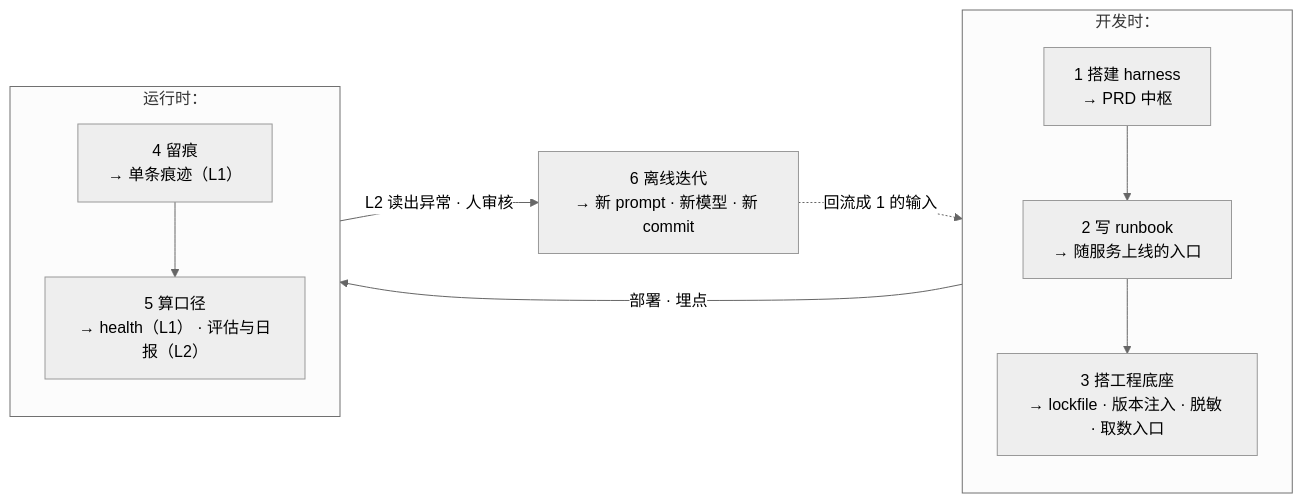
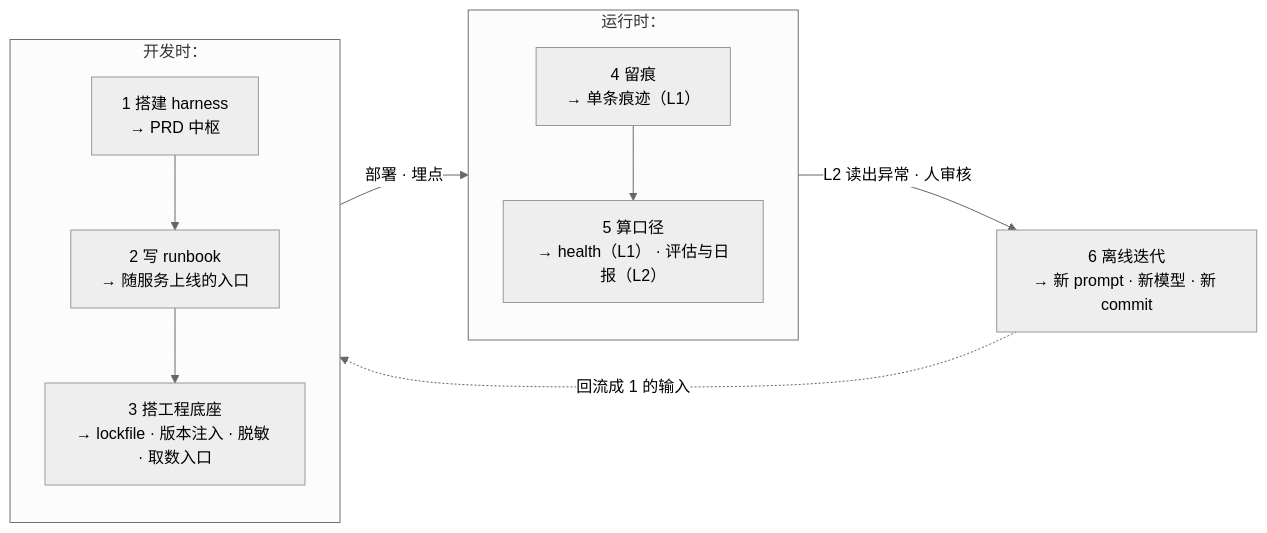
One commit to liuhetian/wiki changed the first of 3 diagrams in docs/posts/prediction-loop.md. Above: the diagram before and after it, drawn with Mermaid (neutral theme). The commit also changed 4 other files, not shown here.

Commit message:
新增 One Hub 翡翠管理台参考文档；修复 prediction-loop mermaid 图布局

````diff
--- a/docs/posts/prediction-loop.md
+++ b/docs/posts/prediction-loop.md
@@ -11,14 +11,16 @@
 ```mermaid
 graph LR
+    %% run 先声明、dev 后声明是故意的：mermaid 逆序注册 subgraph，配合 it→h 的环，
+    %% 按 dev、run 顺序声明会让整图左右翻转（运行时跑到最左边）
+    subgraph run["运行时："]
+        direction TB
+        t["4 留痕<br/>→ 单条痕迹（L1）"] --> m["5 算口径<br/>→ health（L1） · 评估与日报（L2）"]
+    end
     subgraph dev["开发时："]
         direction TB
         h["1 搭建 harness<br/>→ PRD 中枢"] --> rb["2 写 runbook<br/>→ 随服务上线的入口"] --> b["3 搭工程底座<br/>→ lockfile · 版本注入 · 脱敏 · 取数入口"]
-    end
-    subgraph run["运行时："]
-        direction TB
-        t["4 留痕<br/>→ 单条痕迹（L1）"] --> m["5 算口径<br/>→ health（L1） · 评估与日报（L2）"]
     end
     b -->|部署 · 埋点| t
     m -->|L2 读出异常 · 人审核| it["6 离线迭代<br/>→ 新 prompt · 新模型 · 新 commit"]
     it -.回流成 1 的输入.-> h
 ```
````
